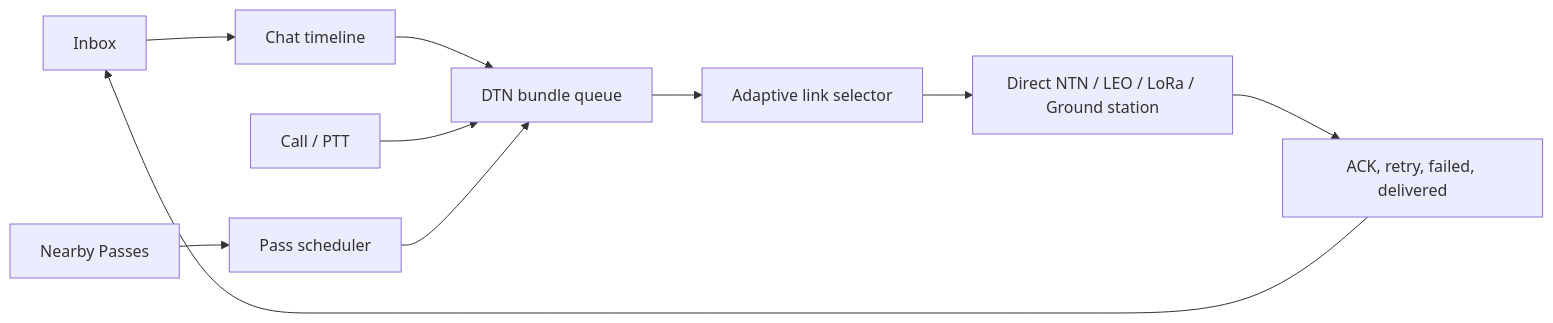
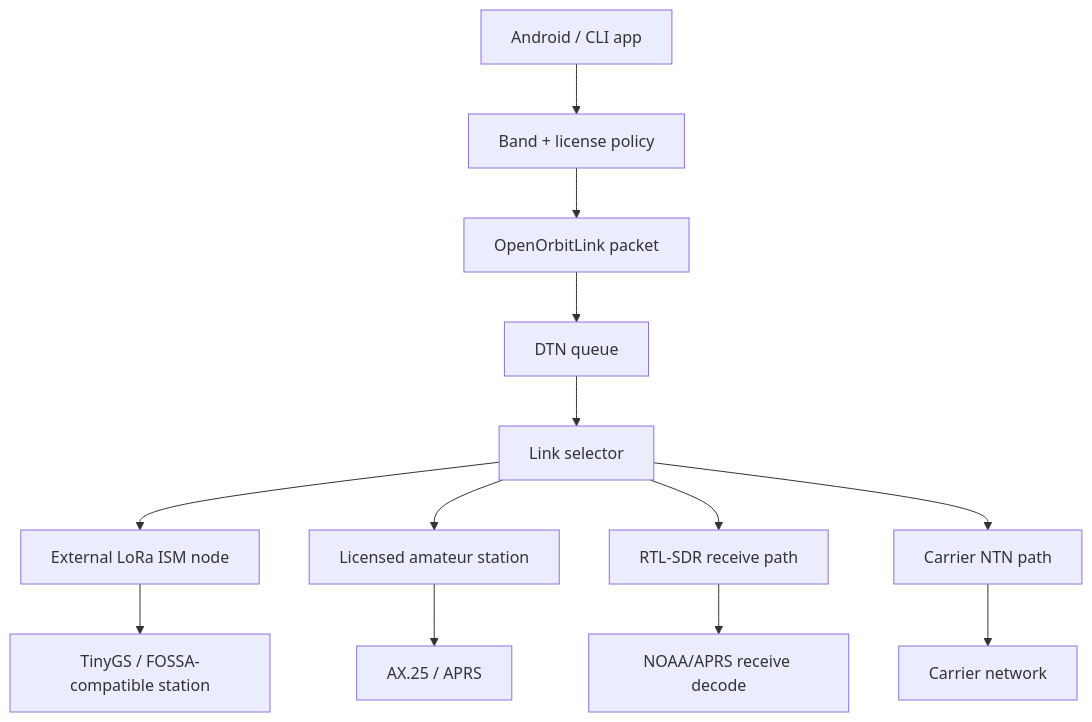
The first of 2 diagrams in docs/architecture.md (Ashutosh0x/OpenOrbitLink), drawn with Mermaid before and after one commit. The commit also changed other lines of this file and 22 other files, not shown here.

````diff
--- a/docs/architecture.md
+++ b/docs/architecture.md
@@ -63,12 +9,15 @@
 ```mermaid
-flowchart LR
-    Inbox["Inbox"] --> Chat["Chat timeline"]
-    Chat --> DTN["DTN bundle queue"]
-    PTT["Call / PTT"] --> DTN
-    Nearby["Nearby Passes"] --> Scheduler["Pass scheduler"]
-    Scheduler --> DTN
-    DTN --> Link["Adaptive link selector"]
-    Link --> Paths["Direct NTN / LEO / LoRa / Ground station"]
-    Paths --> Ack["ACK, retry, failed, delivered"]
-    Ack --> Inbox
+flowchart TB
+    App["Android / CLI app"] --> Policy["Band + license policy"]
+    Policy --> Packet["OpenOrbitLink packet"]
+    Packet --> DTN["DTN queue"]
+    DTN --> Selector["Link selector"]
+    Selector --> LoRa["External LoRa ISM node"]
+    Selector --> Ham["Licensed amateur station"]
+    Selector --> RX["RTL-SDR receive path"]
+    Selector --> NTN["Carrier NTN path"]
+    LoRa --> TinyGS["TinyGS / FOSSA-compatible station"]
+    Ham --> APRS["AX.25 / APRS"]
+    RX --> Decode["NOAA/APRS receive decode"]
+    NTN --> Carrier["Carrier network"]
 ```
````
